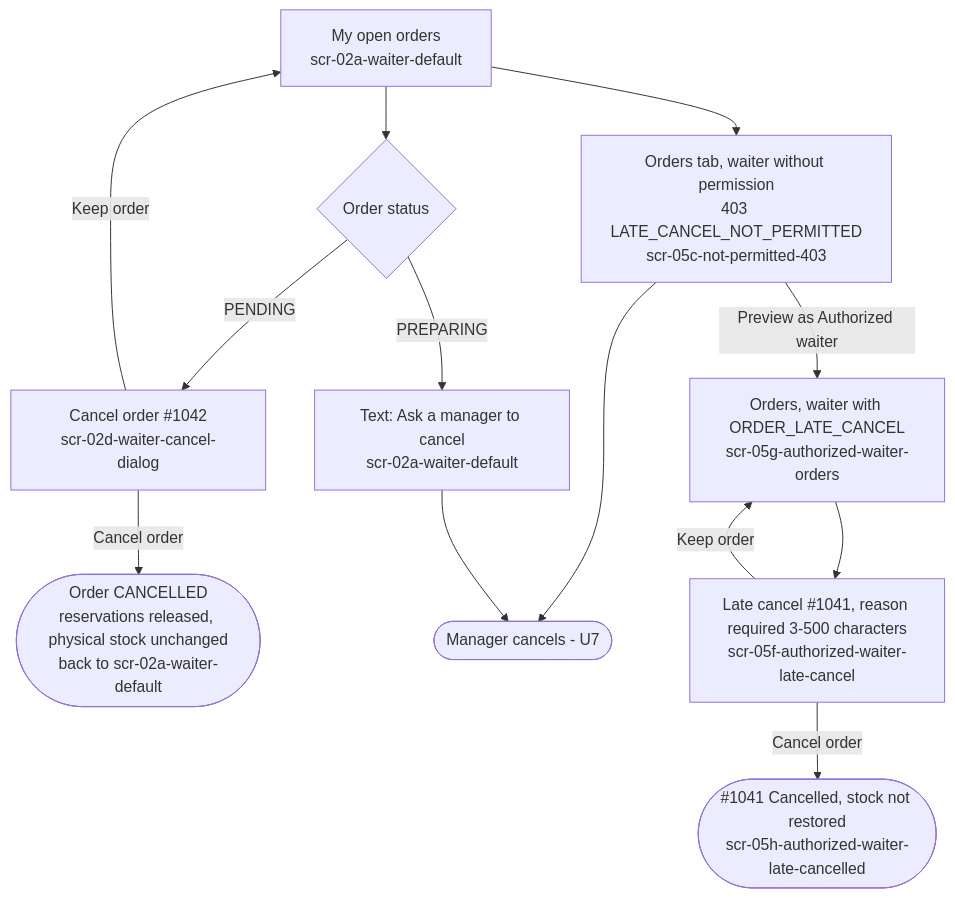
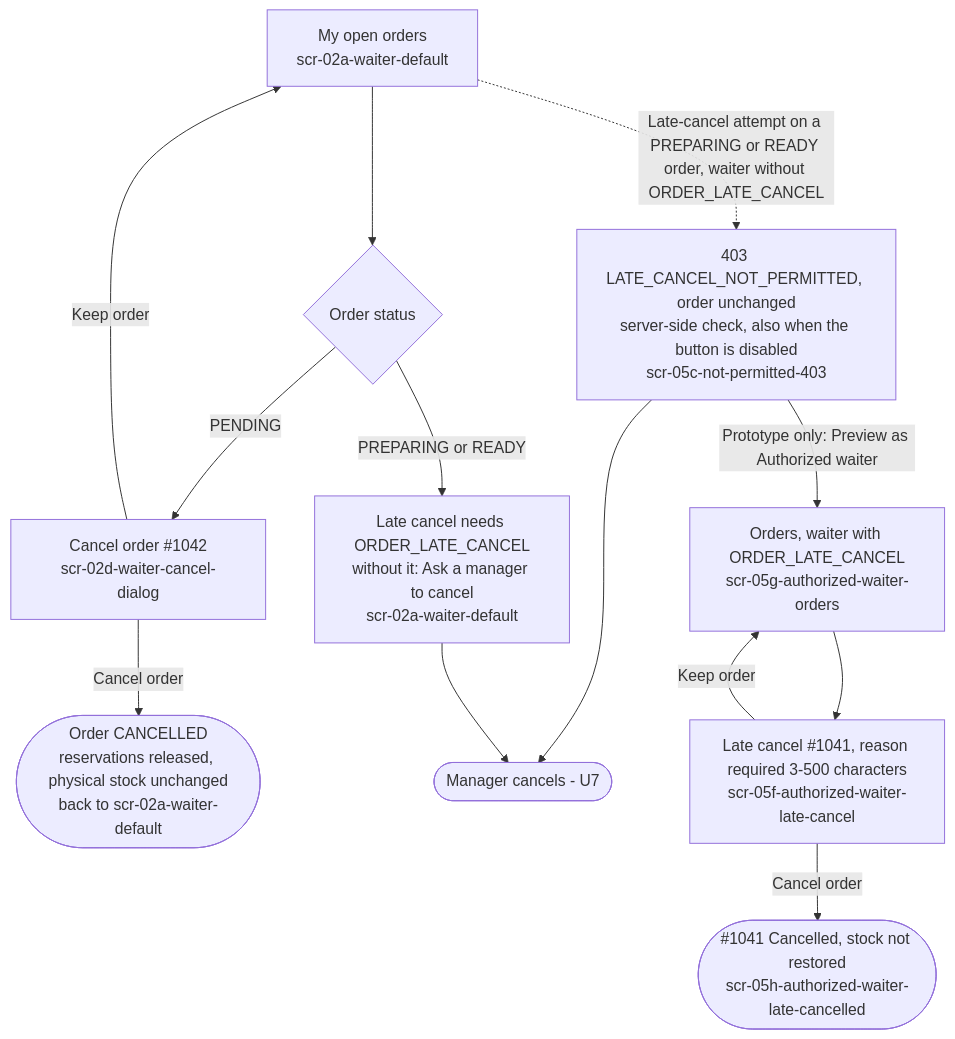
The third of 9 diagrams in docs/ui-ux/user-flows.md (seng321-7th-team/PantryChef), drawn with Mermaid before and after one commit. The commit also changed other lines of this file, not shown here.

Commit message:
Address S2-30 review: sign-in errors, late-cancel 403, retries (#52)

````diff
--- a/docs/ui-ux/user-flows.md
+++ b/docs/ui-ux/user-flows.md
@@ -51,15 +68,15 @@
 ```mermaid
 flowchart TD
     A[My open orders<br/>scr-02a-waiter-default] --> B{Order status}
     B -->|PENDING| C[Cancel order #1042<br/>scr-02d-waiter-cancel-dialog]
     C -->|Cancel order| D([Order CANCELLED<br/>reservations released, physical stock unchanged<br/>back to scr-02a-waiter-default])
     C -->|Keep order| A
-    B -->|PREPARING| E[Text: Ask a manager to cancel<br/>scr-02a-waiter-default]
-    A --> F[Orders tab, waiter without permission<br/>403 LATE_CANCEL_NOT_PERMITTED<br/>scr-05c-not-permitted-403]
+    B -->|PREPARING or READY| E[Late cancel needs ORDER_LATE_CANCEL<br/>without it: Ask a manager to cancel<br/>scr-02a-waiter-default]
+    A -.->|Late-cancel attempt on a PREPARING or READY order, waiter without ORDER_LATE_CANCEL| F[403 LATE_CANCEL_NOT_PERMITTED, order unchanged<br/>server-side check, also when the button is disabled<br/>scr-05c-not-permitted-403]
     F --> G([Manager cancels - U7])
     E --> G
-    F -->|Preview as Authorized waiter| H[Orders, waiter with ORDER_LATE_CANCEL<br/>scr-05g-authorized-waiter-orders]
+    F -->|Prototype only: Preview as Authorized waiter| H[Orders, waiter with ORDER_LATE_CANCEL<br/>scr-05g-authorized-waiter-orders]
     H --> I[Late cancel #1041, reason required 3-500 characters<br/>scr-05f-authorized-waiter-late-cancel]
     I -->|Cancel order| J([#1041 Cancelled, stock not restored<br/>scr-05h-authorized-waiter-late-cancelled])
     I -->|Keep order| H
 ```
````
